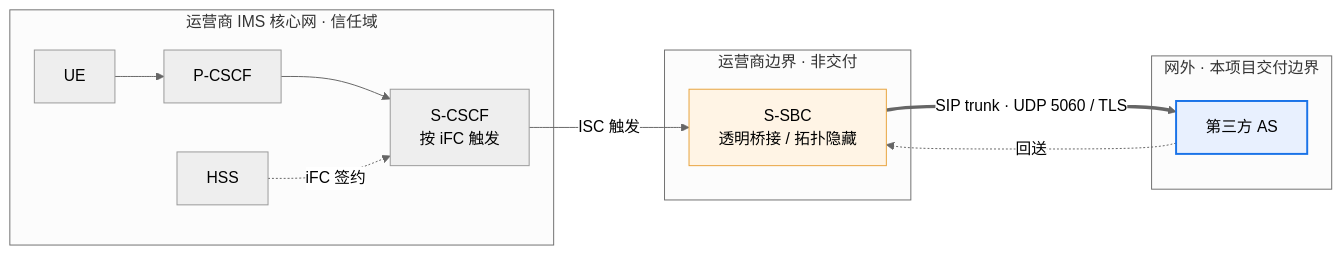
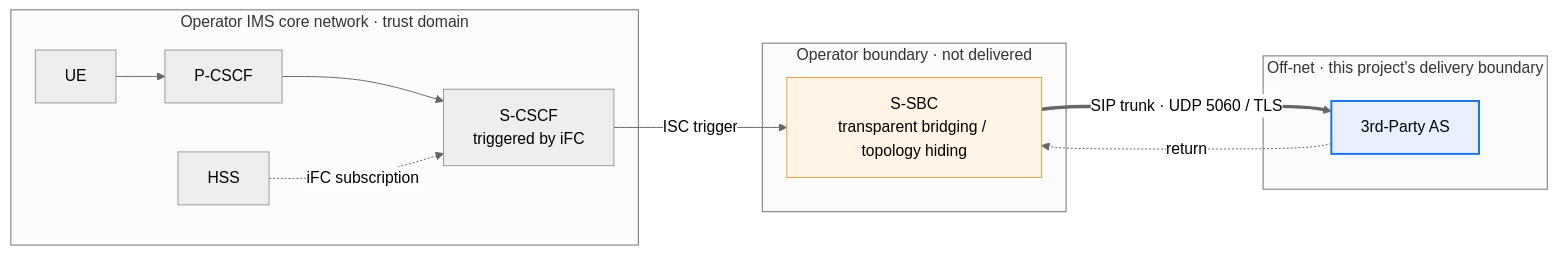
One commit to dolanshu/inhouse-ims-as changed the first of 2 diagrams in README.md. Above: the diagram before and after it, drawn with Mermaid (neutral theme). The commit also changed other lines of this file, not shown here.

````diff
--- a/README.md
+++ b/README.md
@@ -31,18 +31,18 @@
 ```mermaid
 flowchart LR
-    subgraph IMS["运营商 IMS 核心网 · 信任域"]
-        UE["UE"] --> PCSCF["P-CSCF"] --> SCSCF["S-CSCF<br/>按 iFC 触发"]
-        HSS["HSS"] -. "iFC 签约" .-> SCSCF
+    subgraph IMS["Operator IMS core network · trust domain"]
+        UE["UE"] --> PCSCF["P-CSCF"] --> SCSCF["S-CSCF<br/>triggered by iFC"]
+        HSS["HSS"] -. "iFC subscription" .-> SCSCF
     end
-    subgraph EDGE["运营商边界 · 非交付"]
-        SSBC["S-SBC<br/>透明桥接 / 拓扑隐藏"]
+    subgraph EDGE["Operator boundary · not delivered"]
+        SSBC["S-SBC<br/>transparent bridging / topology hiding"]
     end
-    subgraph EXT["网外 · 本项目交付边界"]
-        AS["第三方 AS"]
+    subgraph EXT["Off-net · this project's delivery boundary"]
+        AS["3rd-Party AS"]
     end
-    SCSCF -->|"ISC 触发"| SSBC
+    SCSCF -->|"ISC trigger"| SSBC
     SSBC ==>|"SIP trunk · UDP 5060 / TLS"| AS
-    AS -.->|"回送"| SSBC
+    AS -.->|"return"| SSBC
     style AS fill:#e8f0fe,stroke:#1a73e8,stroke-width:2px
     style SSBC fill:#fff4e5,stroke:#e8a33d
 ```
````
